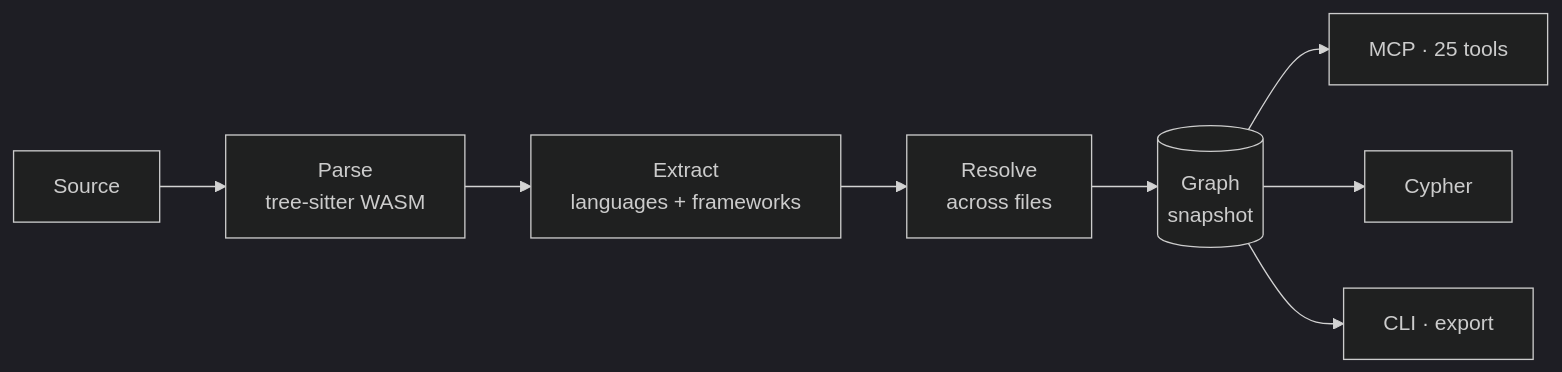
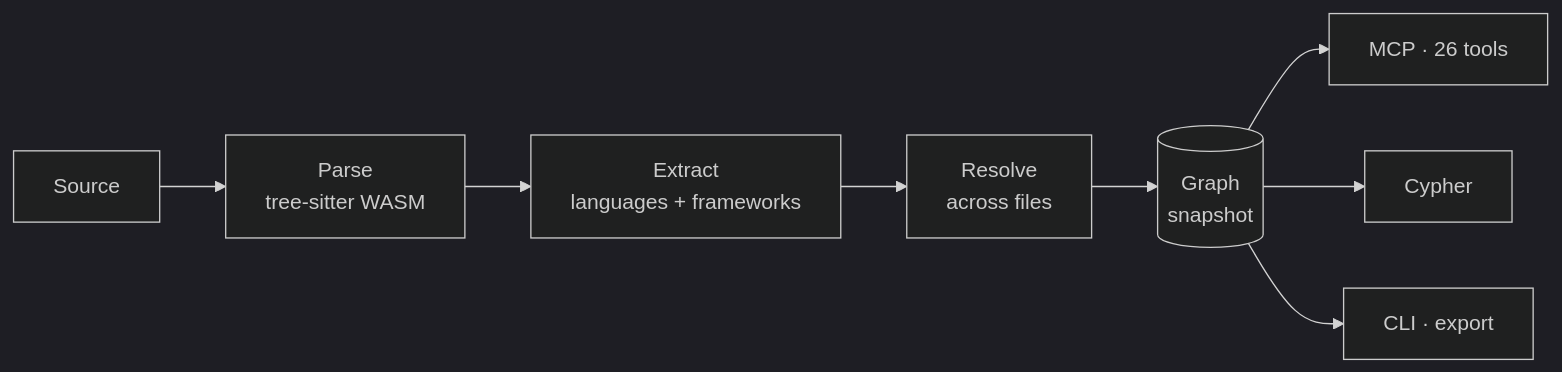
Before and after one commit to fatihserhatturan/concentrate: the diagram in README.md, drawn with Mermaid (dark theme). The commit also changed other lines of this file and 18 other files, not shown here.

````diff
--- a/README.md
+++ b/README.md
@@ -44,10 +47,10 @@
 ```mermaid
 flowchart LR
   A[Source] --> B[Parse<br/>tree-sitter WASM]
   B --> C[Extract<br/>languages + frameworks]
   C --> D[Resolve<br/>across files]
   D --> E[(Graph<br/>snapshot)]
-  E --> F[MCP · 25 tools]
+  E --> F[MCP · 26 tools]
   E --> G[Cypher]
   E --> H[CLI · export]
 ```
````
